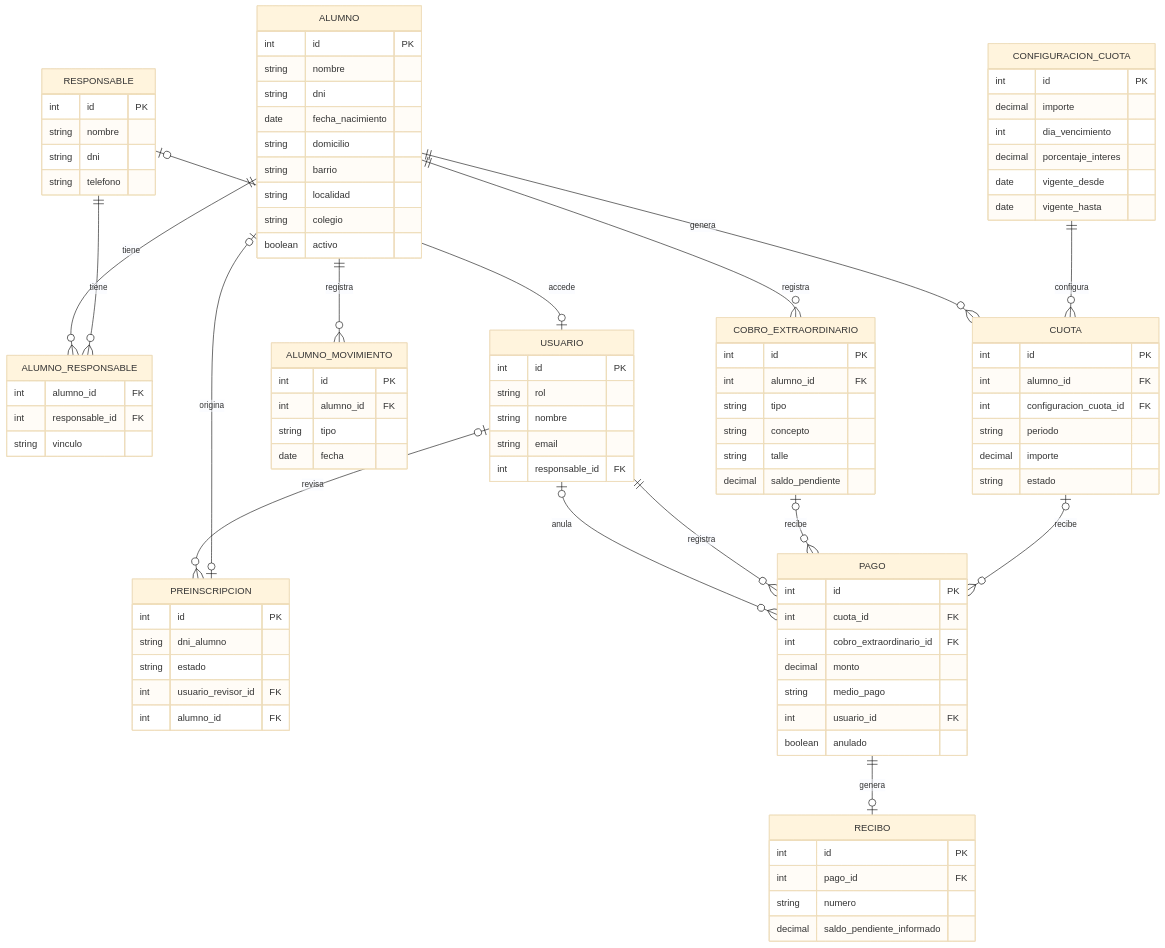
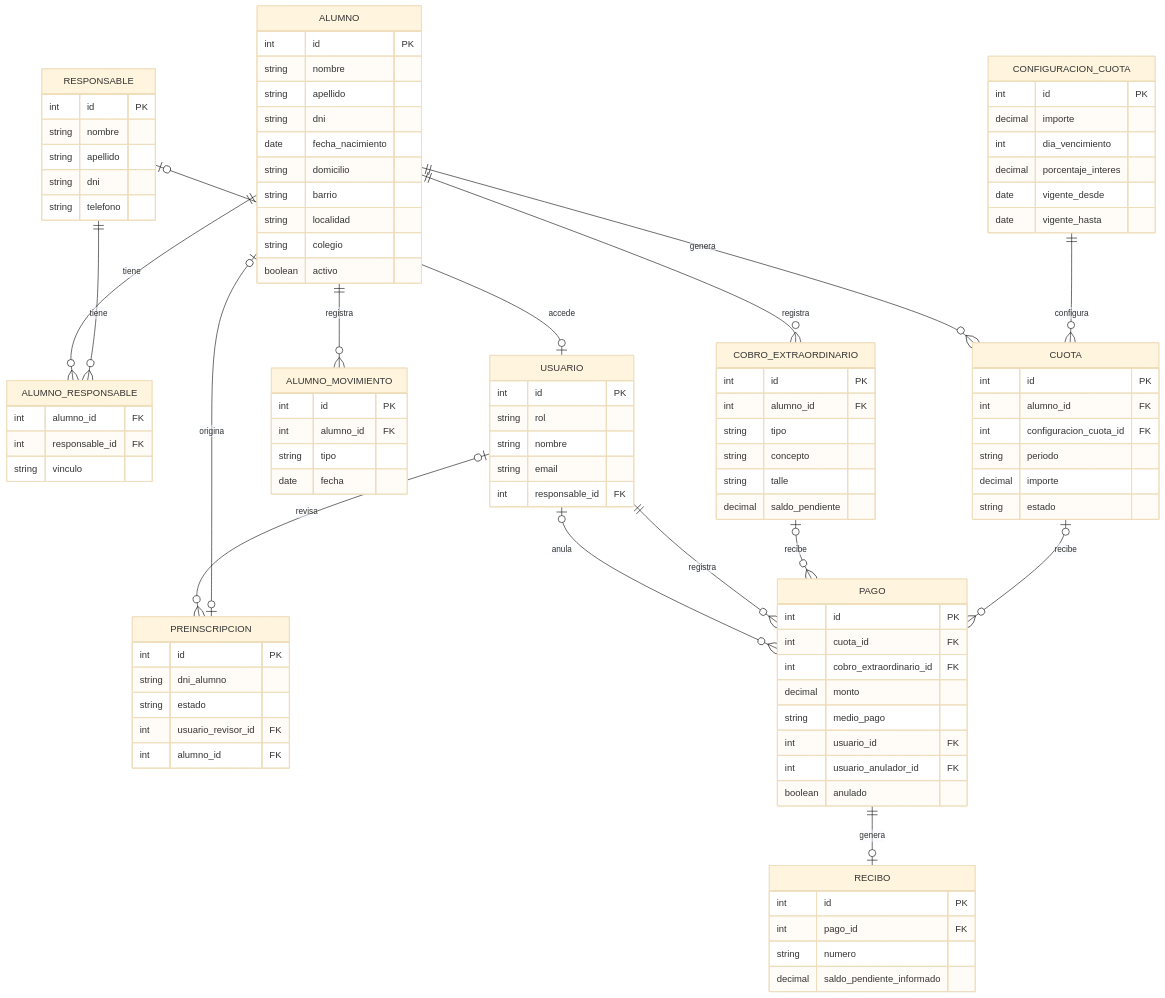
One commit to Marigi84/rojas-fc-gestion changed the diagram in docs/2da Entrega - Diseño y Modulos.md. Above: the diagram before and after it, drawn with Mermaid (base theme).

Commit message:
docs: completa atributos faltantes en el DER

```diff
--- a/docs/2da Entrega - Diseño y Modulos.md
+++ b/docs/2da Entrega - Diseño y Modulos.md
@@ -31,6 +31,7 @@
   RESPONSABLE {
     int id PK
     string nombre
+    string apellido
     string dni
     string telefono
   }
@@ -44,6 +45,7 @@
   ALUMNO {
     int id PK
     string nombre
+    string apellido
     string dni
     date fecha_nacimiento
     string domicilio
@@ -101,6 +103,7 @@
     decimal monto
     string medio_pago
     int usuario_id FK
+    int usuario_anulador_id FK
     boolean anulado
   }
   RECIBO {
```
